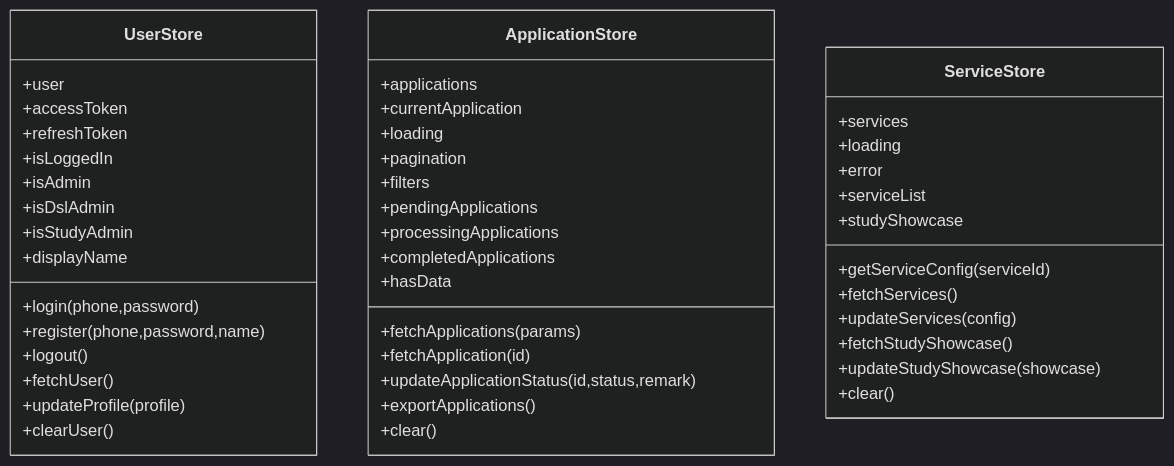
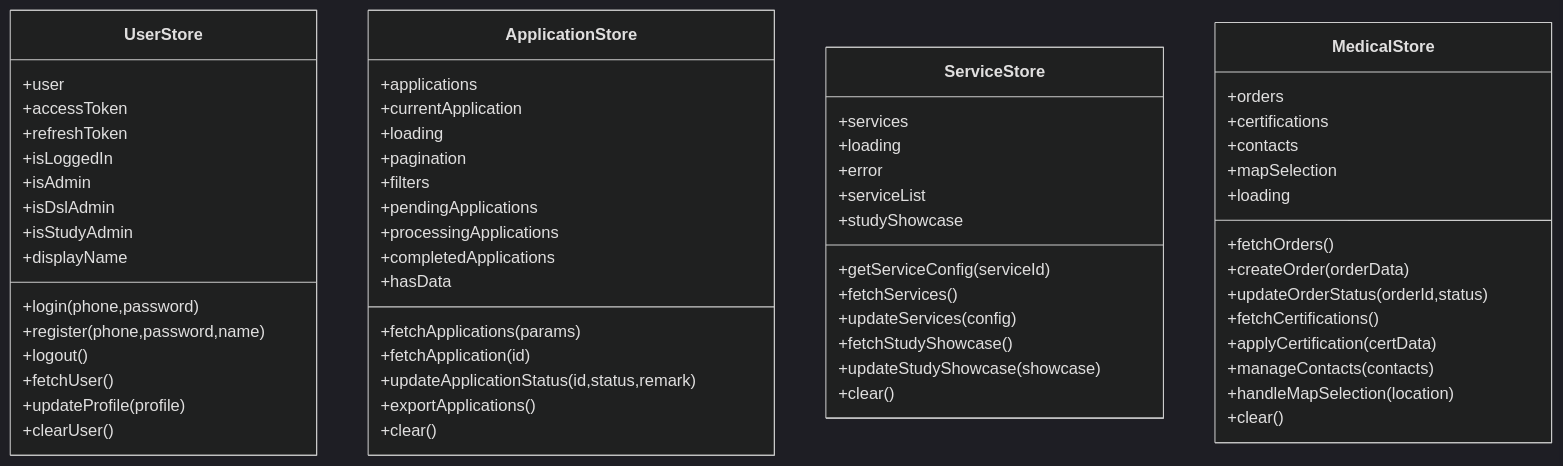
The fourth of 6 diagrams in .qoder/repowiki/zh/content/前端应用架构/前端应用架构.md (Giraffe-Han/microAPP), drawn with Mermaid (dark theme) before and after one commit. The commit also changed other lines of this file and 8 other files, not shown here.

Commit message:
update: 医疗配送图标改为红底白十字，金刚区医疗配送与服务评价位置互换

````diff
--- a/.qoder/repowiki/zh/content/前端应用架构/前端应用架构.md
+++ b/.qoder/repowiki/zh/content/前端应用架构/前端应用架构.md
@@ -228,48 +248,63 @@
 ```mermaid
 classDiagram
 class UserStore {
 +user
 +accessToken
 +refreshToken
 +isLoggedIn
 +isAdmin
 +isDslAdmin
 +isStudyAdmin
 +displayName
 +login(phone,password)
 +register(phone,password,name)
 +logout()
 +fetchUser()
 +updateProfile(profile)
 +clearUser()
 }
 class ApplicationStore {
 +applications
 +currentApplication
 +loading
 +pagination
 +filters
 +pendingApplications
 +processingApplications
 +completedApplications
 +hasData
 +fetchApplications(params)
 +fetchApplication(id)
 +updateApplicationStatus(id,status,remark)
 +exportApplications()
 +clear()
 }
 class ServiceStore {
 +services
 +loading
 +error
 +getServiceConfig(serviceId)
 +serviceList
 +studyShowcase
 +fetchServices()
 +updateServices(config)
 +fetchStudyShowcase()
 +updateStudyShowcase(showcase)
 +clear()
 }
+class MedicalStore {
++orders
++certifications
++contacts
++mapSelection
++loading
++fetchOrders()
++createOrder(orderData)
++updateOrderStatus(orderId,status)
++fetchCertifications()
++applyCertification(certData)
++manageContacts(contacts)
++handleMapSelection(location)
++clear()
+}
 ```
````
